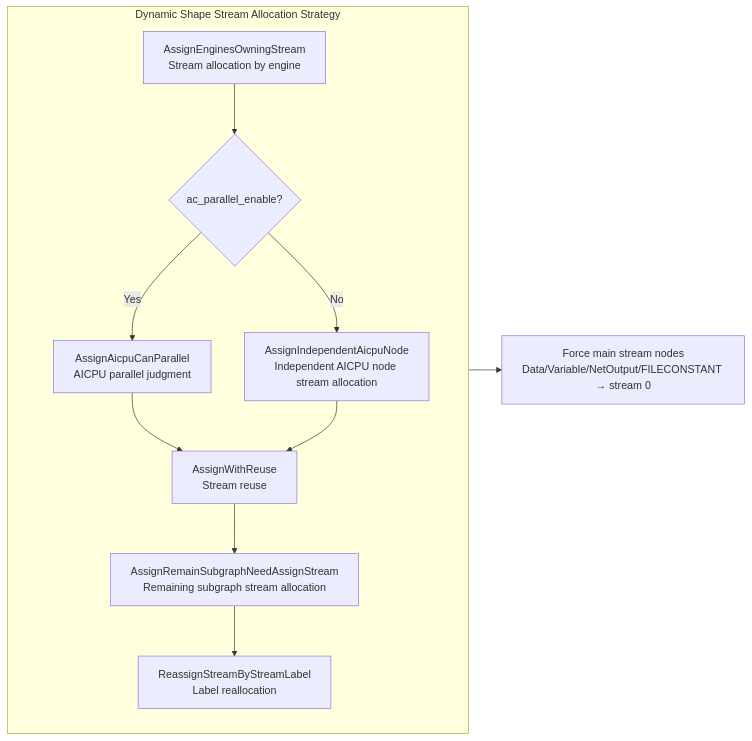
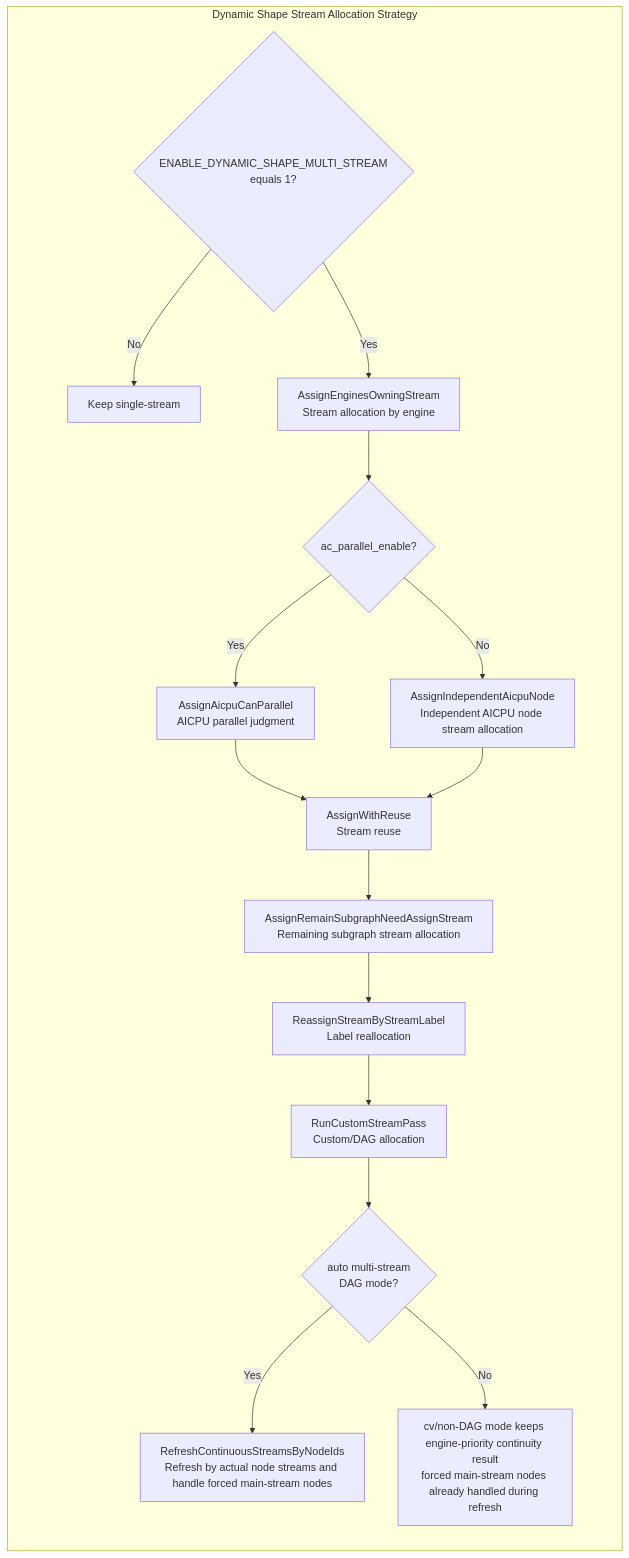
The third of 5 diagrams in docs/en/design/features/stream_allocator.md (mirror-cann/ge), drawn with Mermaid before and after one commit. The commit also changed other lines of this file and 14 other files, not shown here.

First paragraph of the commit message:
feat: support dag stream allocation for dynamic shape

````diff
--- a/docs/en/design/features/stream_allocator.md
+++ b/docs/en/design/features/stream_allocator.md
@@ -243,16 +251,22 @@
 ```mermaid
 flowchart LR
     subgraph DynPassChain["Dynamic Shape Stream Allocation Strategy"]
         direction TB
+        D0{"ENABLE_DYNAMIC_SHAPE_MULTI_STREAM<br/>equals 1?"}
+        D0 -->|No| DS["Keep single-stream"]
+        D0 -->|Yes| D1
         D1["AssignEnginesOwningStream<br/>Stream allocation by engine"]
+        D1 --> D2
         D2{ac_parallel_enable?}
         D2 -->|Yes| D3["AssignAicpuCanParallel<br/>AICPU parallel judgment"]
         D2 -->|No| D4["AssignIndependentAicpuNode<br/>Independent AICPU node stream allocation"]
         D3 --> D5["AssignWithReuse<br/>Stream reuse"]
         D4 --> D5
         D5 --> D6["AssignRemainSubgraphNeedAssignStream<br/>Remaining subgraph stream allocation"]
         D6 --> D7["ReassignStreamByStreamLabel<br/>Label reallocation"]
+        D7 --> D8["RunCustomStreamPass<br/>Custom/DAG allocation"]
+        D8 --> D9{"auto multi-stream<br/>DAG mode?"}
+        D9 -->|Yes| D10["RefreshContinuousStreamsByNodeIds<br/>Refresh by actual node streams and handle forced main-stream nodes"]
+        D9 -->|No| D11["cv/non-DAG mode keeps engine-priority continuity result<br/>forced main-stream nodes already handled during refresh"]
     end
-    D1 --> D2
-    D7 --> D8["Force main stream nodes<br/>Data/Variable/NetOutput/FILECONSTANT → stream 0"]
 ```
````
